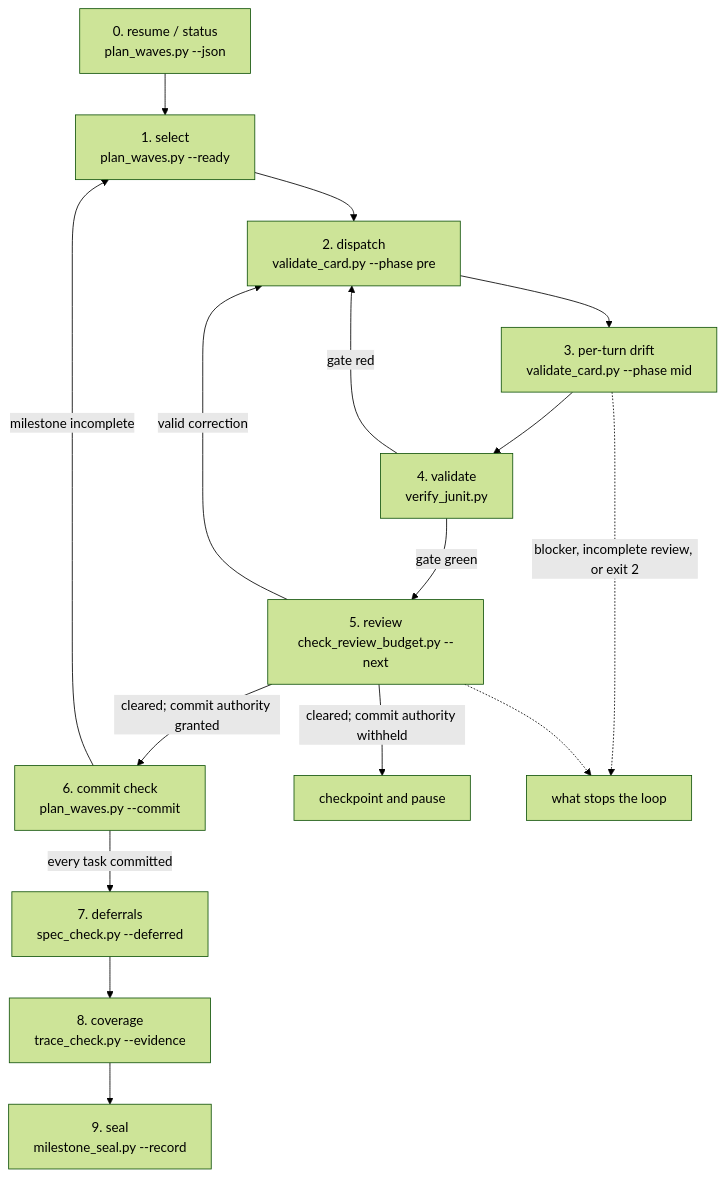
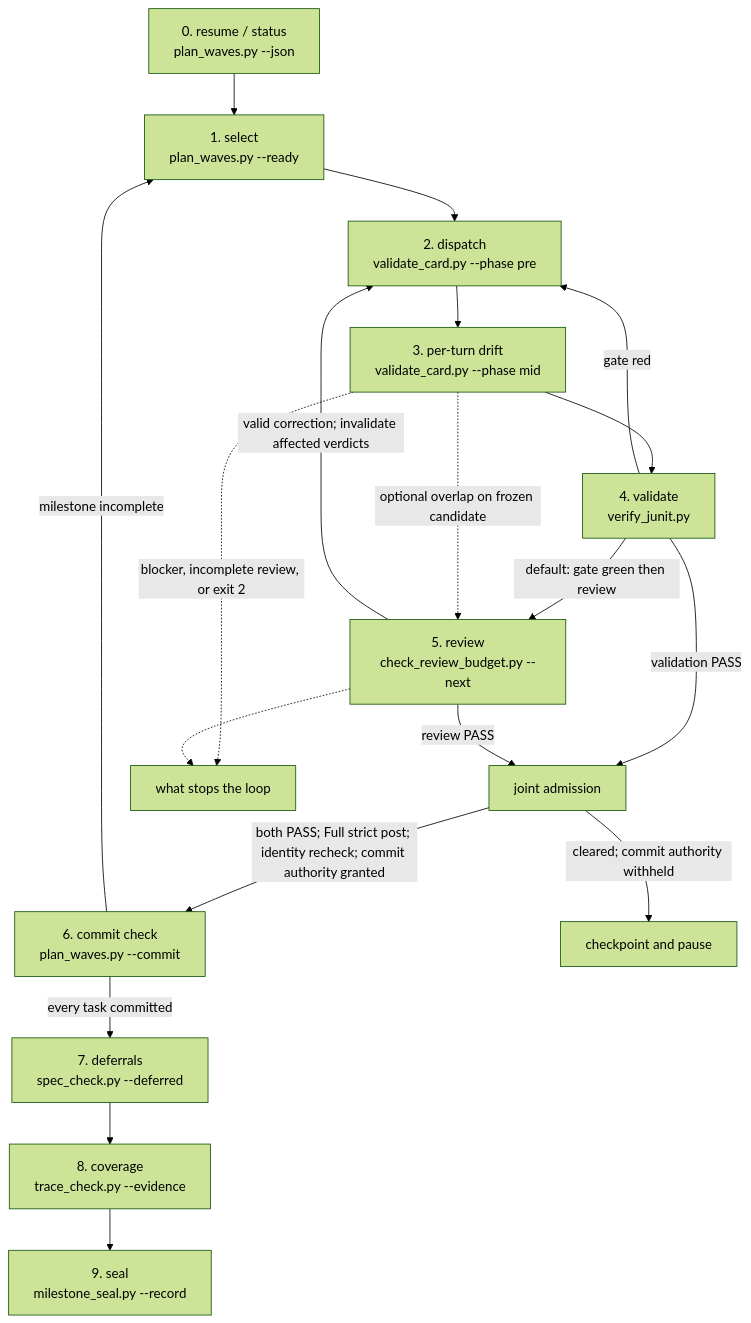
The diagram in install/skills/execution-methodology/references/execution-loop.md (peeyushchoudhary/agent-toolchain), drawn with Mermaid (forest theme) before and after one commit. The commit also changed other lines of this file and 21 other files, not shown here.

````diff
--- a/install/skills/execution-methodology/references/execution-loop.md
+++ b/install/skills/execution-methodology/references/execution-loop.md
@@ -69,18 +73,21 @@
 ```mermaid
 flowchart TD
     S0["0. resume / status<br/>plan_waves.py --json"] --> S1["1. select<br/>plan_waves.py --ready"]
     S1 --> S2["2. dispatch<br/>validate_card.py --phase pre"]
     S2 --> S3["3. per-turn drift<br/>validate_card.py --phase mid"]
     S3 --> S4["4. validate<br/>verify_junit.py"]
     S4 -- "gate red" --> S2
-    S4 -- "gate green" --> S5["5. review<br/>check_review_budget.py --next"]
-    S5 -- "valid correction" --> S2
-    S5 -- "cleared; commit authority granted" --> S6["6. commit check<br/>plan_waves.py --commit"]
-    S5 -- "cleared; commit authority withheld" --> PAUSE["checkpoint and pause"]
+    S4 -- "default: gate green then review" --> S5["5. review<br/>check_review_budget.py --next"]
+    S3 -. "optional overlap on frozen candidate" .-> S5
+    S5 -- "valid correction; invalidate affected verdicts" --> S2
+    S4 -- "validation PASS" --> ADMIT["joint admission"]
+    S5 -- "review PASS" --> ADMIT
+    ADMIT -- "both PASS; Full strict post; identity recheck; commit authority granted" --> S6["6. commit check<br/>plan_waves.py --commit"]
+    ADMIT -- "cleared; commit authority withheld" --> PAUSE["checkpoint and pause"]
     S6 -- "milestone incomplete" --> S1
     S6 -- "every task committed" --> S7["7. deferrals<br/>spec_check.py --deferred"]
     S7 --> S8["8. coverage<br/>trace_check.py --evidence"]
     S8 --> S9["9. seal<br/>milestone_seal.py --record"]
     S3 -. "blocker, incomplete review, or exit 2" .-> STOP["what stops the loop"]
     S5 -.-> STOP
 ```
````
